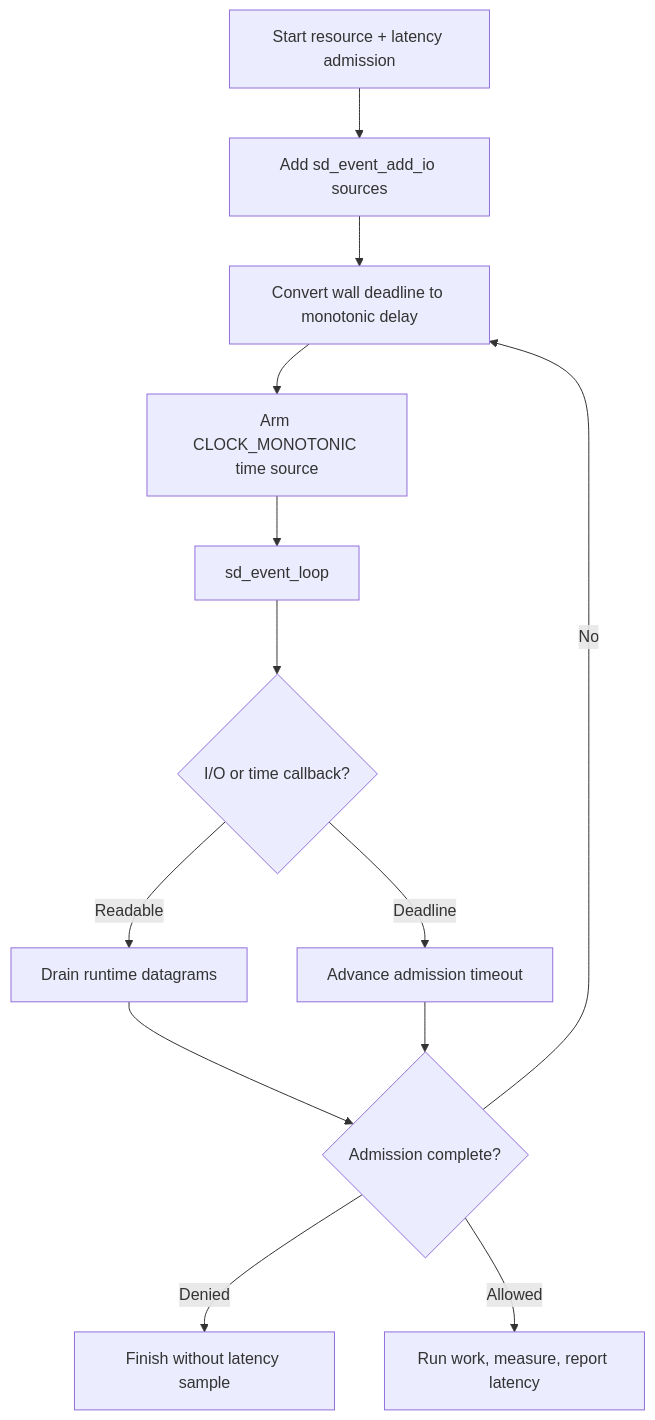
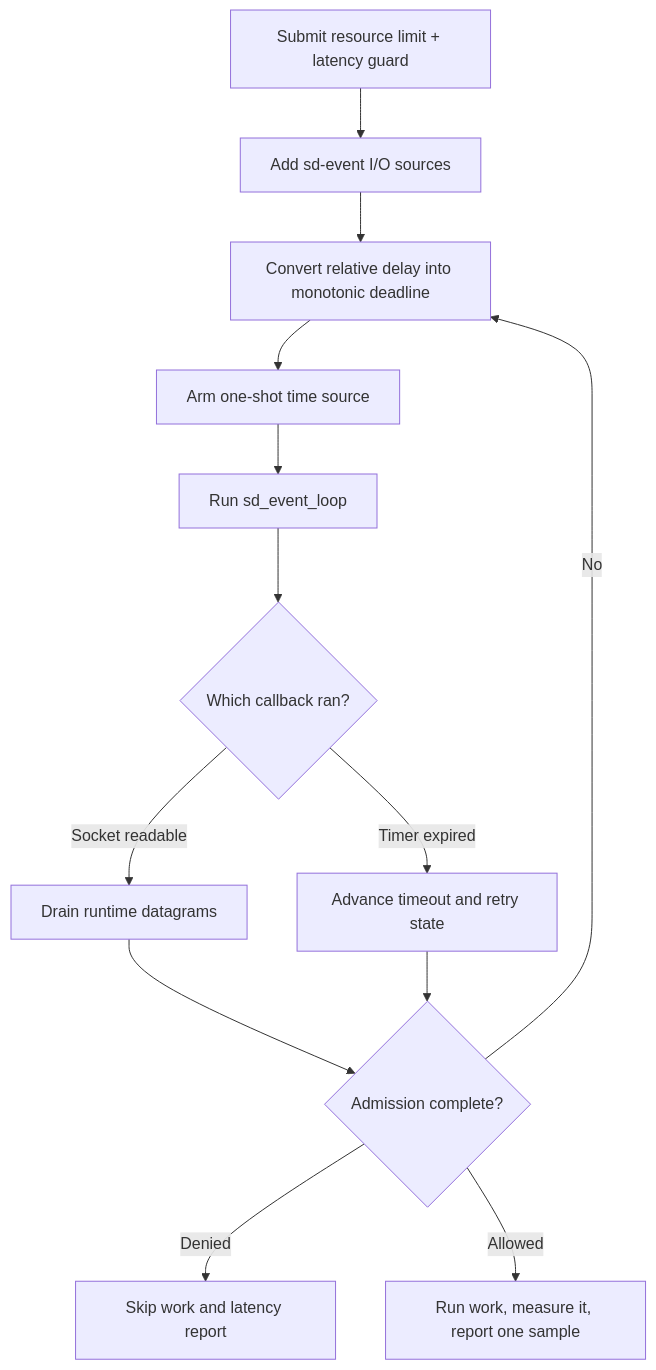
One commit to ratelimitly-com/rl-c-client changed the diagram in examples/sd_event/README.md. Above: the diagram before and after it, drawn with Mermaid. The commit also changed other lines of this file, not shown here.

Commit message:
docs(sd-event): explain clock domains

````diff
--- a/examples/sd_event/README.md
+++ b/examples/sd_event/README.md
@@ -11,15 +26,15 @@
 ```mermaid
 flowchart TD
-    Start["Start resource + latency admission"] --> IO["Add sd_event_add_io sources"]
-    IO --> Convert["Convert wall deadline to monotonic delay"]
-    Convert --> Timer["Arm CLOCK_MONOTONIC time source"]
-    Timer --> Loop["sd_event_loop"]
-    Loop --> Event{"I/O or time callback?"}
-    Event -->|Readable| Read["Drain runtime datagrams"]
-    Event -->|Deadline| Timeout["Advance admission timeout"]
+    Start["Submit resource limit + latency guard"] --> IO["Add sd-event I/O sources"]
+    IO --> Convert["Convert relative delay into monotonic deadline"]
+    Convert --> Timer["Arm one-shot time source"]
+    Timer --> Loop["Run sd_event_loop"]
+    Loop --> Event{"Which callback ran?"}
+    Event -->|Socket readable| Read["Drain runtime datagrams"]
+    Event -->|Timer expired| Timeout["Advance timeout and retry state"]
     Read --> Decision{"Admission complete?"}
     Timeout --> Decision
     Decision -->|No| Convert
-    Decision -->|Denied| Reject["Finish without latency sample"]
-    Decision -->|Allowed| Work["Run work, measure, report latency"]
+    Decision -->|Denied| Reject["Skip work and latency report"]
+    Decision -->|Allowed| Work["Run work, measure it, report one sample"]
 ```
````
